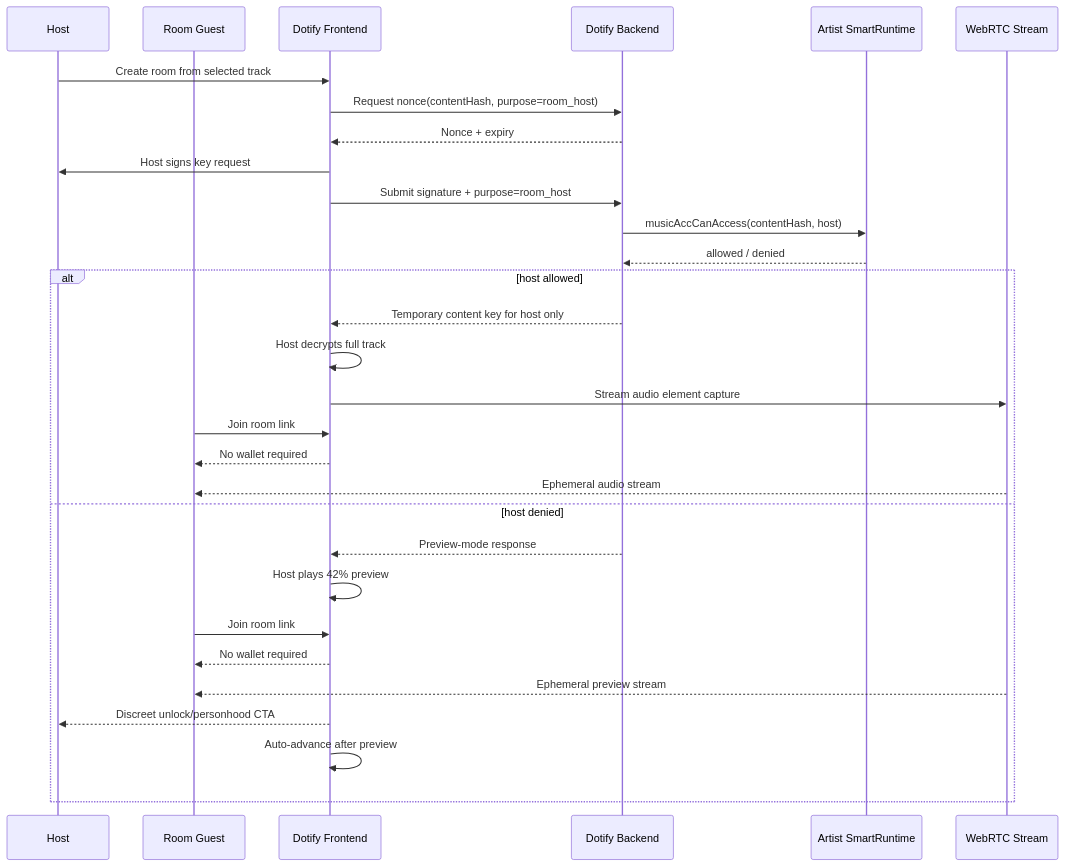
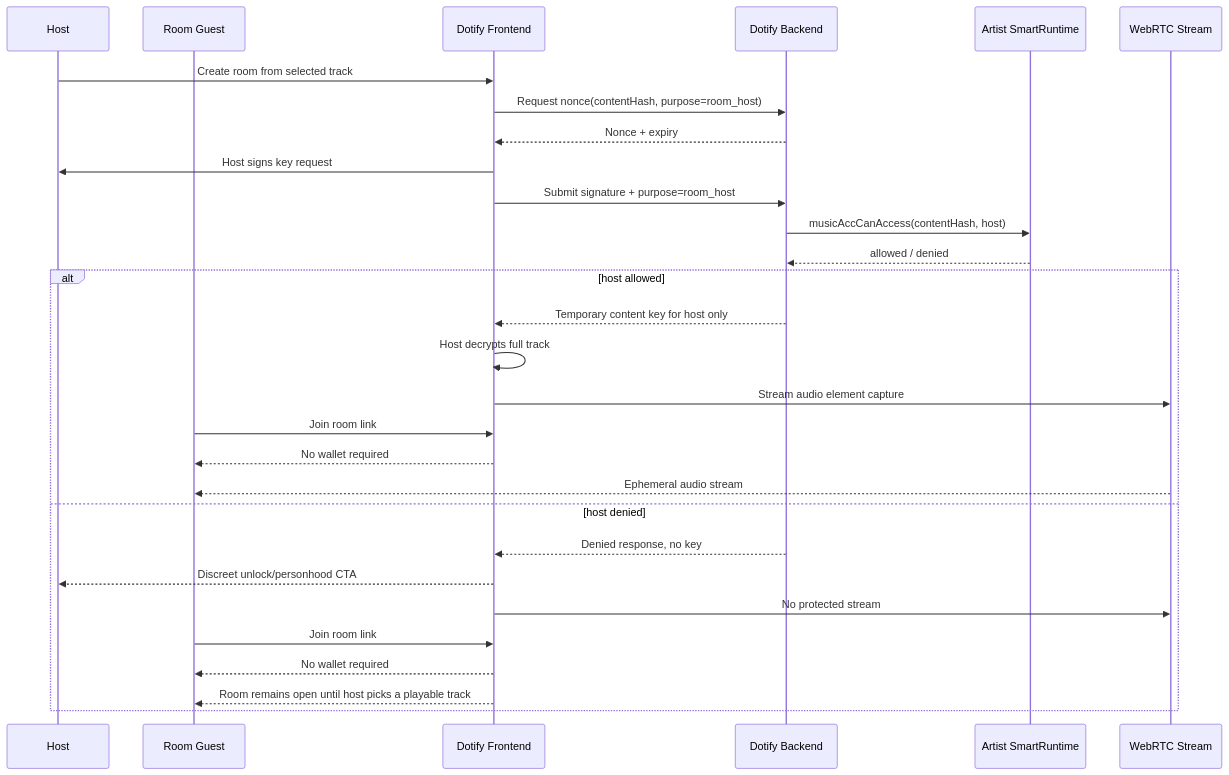
The second of 5 diagrams in docs/product/ux-signature-flows.md (knzeng-e/dotify), drawn with Mermaid before and after one commit. The commit also changed other lines of this file and 16 other files, not shown here.

````diff
--- a/docs/product/ux-signature-flows.md
+++ b/docs/product/ux-signature-flows.md
@@ -59,33 +60,32 @@
 ```mermaid
 sequenceDiagram
   participant H as Host
   participant G as Room Guest
   participant UI as Dotify Frontend
   participant API as Dotify Backend
   participant RT as Artist SmartRuntime
   participant RTC as WebRTC Stream
 
   H->>UI: Create room from selected track
   UI->>API: Request nonce(contentHash, purpose=room_host)
   API-->>UI: Nonce + expiry
   UI->>H: Host signs key request
   UI->>API: Submit signature + purpose=room_host
   API->>RT: musicAccCanAccess(contentHash, host)
   RT-->>API: allowed / denied
   alt host allowed
     API-->>UI: Temporary content key for host only
     UI->>UI: Host decrypts full track
     UI->>RTC: Stream audio element capture
     G->>UI: Join room link
     UI-->>G: No wallet required
     RTC-->>G: Ephemeral audio stream
   else host denied
-    API-->>UI: Preview-mode response
-    UI->>UI: Host plays 42% preview
+    API-->>UI: Denied response, no key
+    UI-->>H: Discreet unlock/personhood CTA
+    UI->>RTC: No protected stream
     G->>UI: Join room link
     UI-->>G: No wallet required
-    RTC-->>G: Ephemeral preview stream
-    UI-->>H: Discreet unlock/personhood CTA
-    UI->>UI: Auto-advance after preview
+    UI-->>G: Room remains open until host picks a playable track
   end
 ```
````
